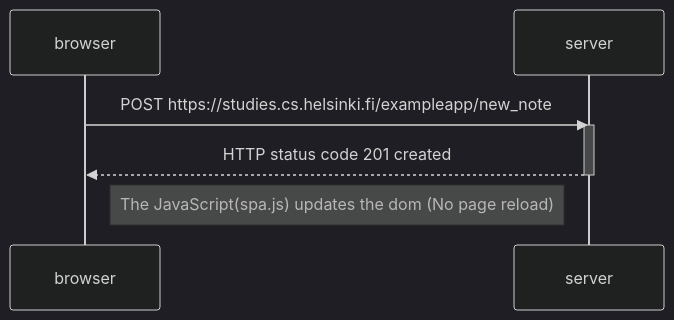
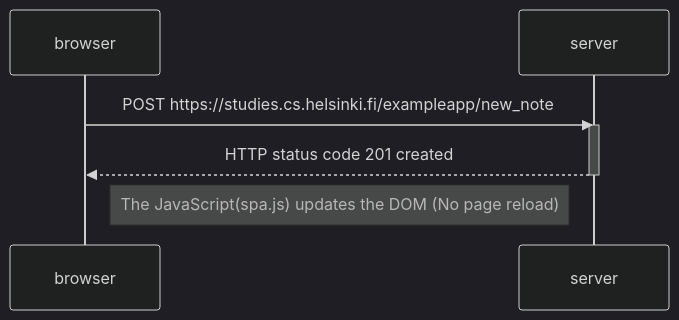
The diagram in part0/0.6:New_note_in_Single_page_app_diagram.mmd (Tsion2116/full-stack-open-exercises), drawn with Mermaid (dark theme) before and after one commit.

Commit message:
edit solution to exercise 0.6

```diff
--- a/part0/0.6:New_note_in_Single_page_app_diagram.mmd
+++ b/part0/0.6:New_note_in_Single_page_app_diagram.mmd
@@ -1,10 +1,10 @@
 sequenceDiagram
     participant browser
     participant server
 
     browser->>server: POST https://studies.cs.helsinki.fi/exampleapp/new_note
     activate server
     server-->>browser: HTTP status code 201 created
     deactivate server
 
-    Note right of browser: The JavaScript(spa.js) updates the dom (No page reload)
+    Note right of browser: The JavaScript(spa.js) updates the DOM (No page reload)
```
